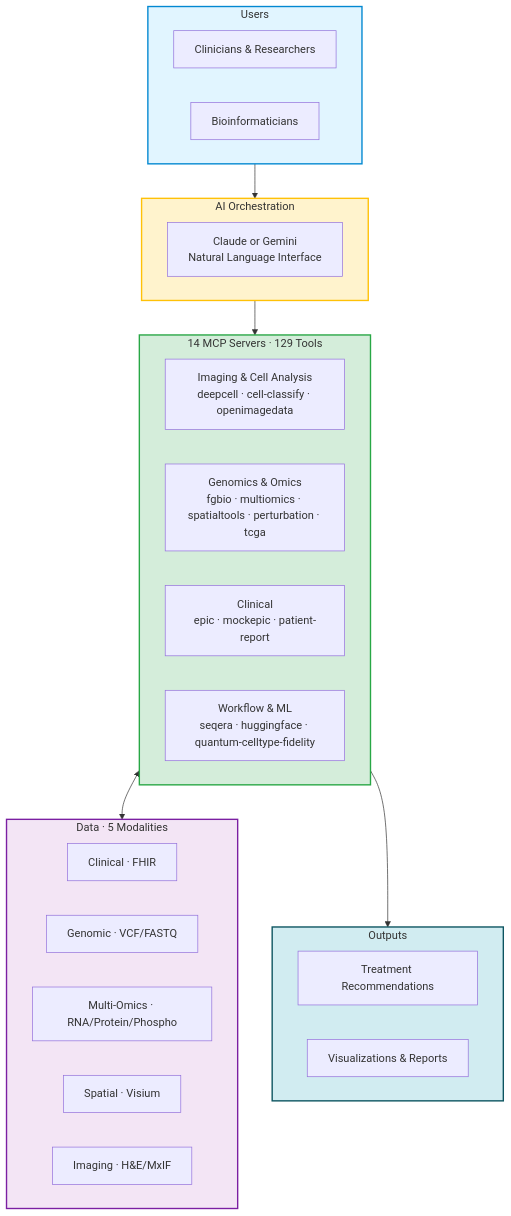
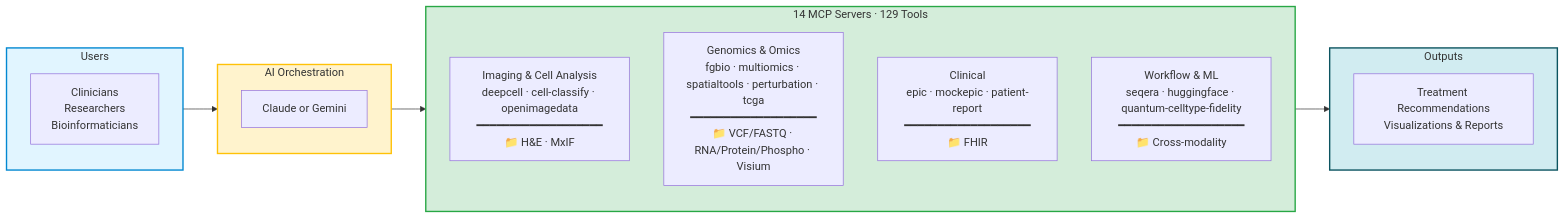
Before and after one commit to raymond301/precision-medicine-mcp: the diagram in docs/for-funders/EXECUTIVE_SUMMARY.md, drawn with Mermaid.

Commit message:
Map data modalities to server groups in architecture diagram
Fold data modalities (FHIR, VCF/FASTQ, RNA/Protein, Visium, H&E/MxIF)
into their respective server group boxes so the mapping is explicit.
Switch to left-to-right flow for cleaner executive readability.

````diff
--- a/docs/for-funders/EXECUTIVE_SUMMARY.md
+++ b/docs/for-funders/EXECUTIVE_SUMMARY.md
@@ -13,42 +13,31 @@
 ```mermaid
-graph TB
+graph LR
     subgraph Users["Users"]
-        CLIN[Clinicians & Researchers]
-        BIO[Bioinformaticians]
+        U[Clinicians<br/>Researchers<br/>Bioinformaticians]
     end
 
     subgraph AI["AI Orchestration"]
-        LLM[Claude or Gemini<br/>Natural Language Interface]
+        LLM[Claude or Gemini]
     end
 
     subgraph Servers["14 MCP Servers · 129 Tools"]
-        IMAGING[Imaging & Cell Analysis<br/>deepcell · cell-classify · openimagedata]
-        GENOMICS[Genomics & Omics<br/>fgbio · multiomics · spatialtools · perturbation · tcga]
-        CLINICAL[Clinical<br/>epic · mockepic · patient-report]
-        WORKFLOW[Workflow & ML<br/>seqera · huggingface · quantum-celltype-fidelity]
-    end
-
-    subgraph Data["Data · 5 Modalities"]
-        D1[Clinical · FHIR]
-        D2[Genomic · VCF/FASTQ]
-        D3[Multi-Omics · RNA/Protein/Phospho]
-        D4[Spatial · Visium]
-        D5[Imaging · H&E/MxIF]
+        direction TB
+        IMAGING["Imaging & Cell Analysis<br/>deepcell · cell-classify · openimagedata<br/>━━━━━━━━━━━━━━━━━━━<br/>📁 H&E · MxIF"]
+        GENOMICS["Genomics & Omics<br/>fgbio · multiomics · spatialtools · perturbation · tcga<br/>━━━━━━━━━━━━━━━━━━━<br/>📁 VCF/FASTQ · RNA/Protein/Phospho · Visium"]
+        CLINICAL["Clinical<br/>epic · mockepic · patient-report<br/>━━━━━━━━━━━━━━━━━━━<br/>📁 FHIR"]
+        WORKFLOW["Workflow & ML<br/>seqera · huggingface · quantum-celltype-fidelity<br/>━━━━━━━━━━━━━━━━━━━<br/>📁 Cross-modality"]
     end
 
     subgraph Output["Outputs"]
-        RECS[Treatment Recommendations]
-        VIZ[Visualizations & Reports]
+        O[Treatment Recommendations<br/>Visualizations & Reports]
     end
 
     Users --> AI
     AI --> Servers
-    Servers <--> Data
     Servers --> Output
 
     style Users fill:#e1f5ff,stroke:#0288d1,stroke-width:2px
     style AI fill:#fff3cd,stroke:#ffc107,stroke-width:2px
     style Servers fill:#d4edda,stroke:#28a745,stroke-width:2px
-    style Data fill:#f3e5f5,stroke:#7b1fa2,stroke-width:2px
     style Output fill:#d1ecf1,stroke:#0c5460,stroke-width:2px
 ```
````
